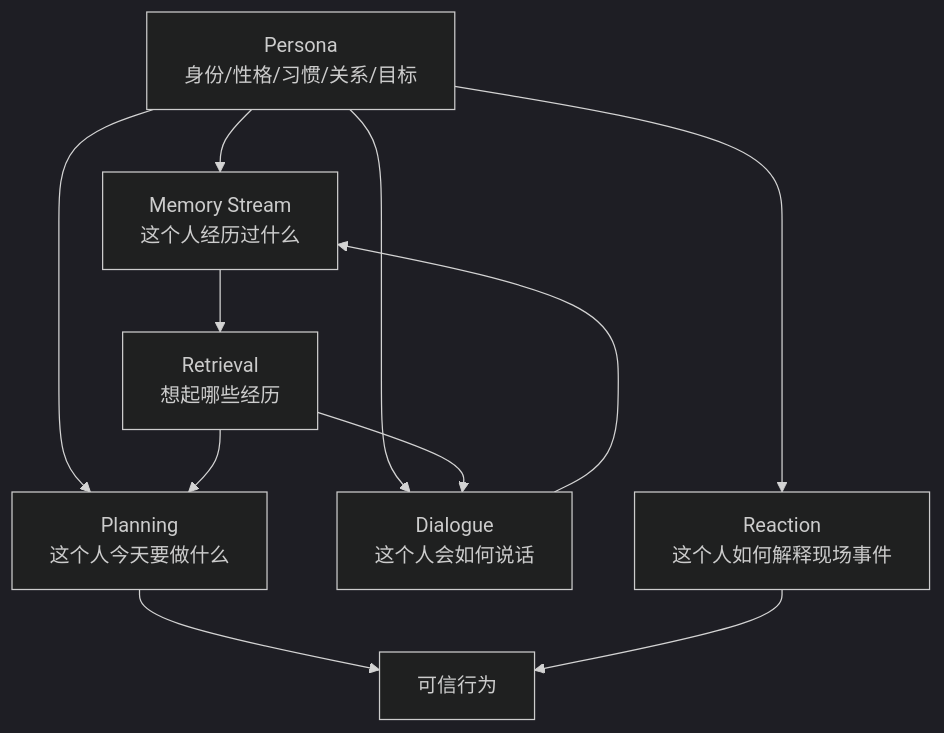
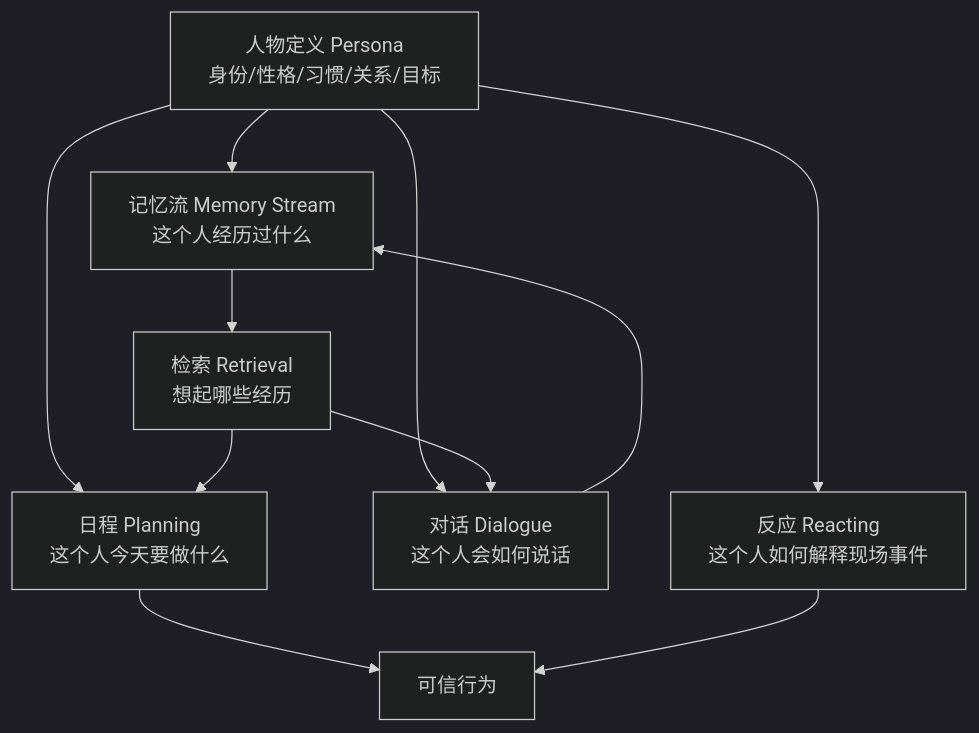
One commit to tbkken/GenerativeAgentsCN changed the first of 3 diagrams in docs/book/manuscript/part_01/chapter_04.md. Above: the diagram before and after it, drawn with Mermaid (dark theme). The commit also changed other lines of this file and 51 other files, not shown here.

````diff
--- a/docs/book/manuscript/part_01/chapter_04.md
+++ b/docs/book/manuscript/part_01/chapter_04.md
@@ -31,14 +33,14 @@
 ```mermaid
 flowchart TD
-    Persona["Persona<br/>身份/性格/习惯/关系/目标"] --> Memory["Memory Stream<br/>这个人经历过什么"]
-    Persona --> Planning["Planning<br/>这个人今天要做什么"]
-    Persona --> Dialogue["Dialogue<br/>这个人会如何说话"]
-    Persona --> Reaction["Reaction<br/>这个人如何解释现场事件"]
+    Persona["人物定义 Persona<br/>身份/性格/习惯/关系/目标"] --> Memory["记忆流 Memory Stream<br/>这个人经历过什么"]
+    Persona --> Planning["日程 Planning<br/>这个人今天要做什么"]
+    Persona --> Dialogue["对话 Dialogue<br/>这个人会如何说话"]
+    Persona --> Reaction["反应 Reacting<br/>这个人如何解释现场事件"]
 
-    Memory --> Retrieval["Retrieval<br/>想起哪些经历"]
+    Memory --> Retrieval["检索 Retrieval<br/>想起哪些经历"]
     Retrieval --> Planning
     Retrieval --> Dialogue
     Planning --> Action["可信行为"]
     Dialogue --> Memory
     Reaction --> Action
 ```
````
